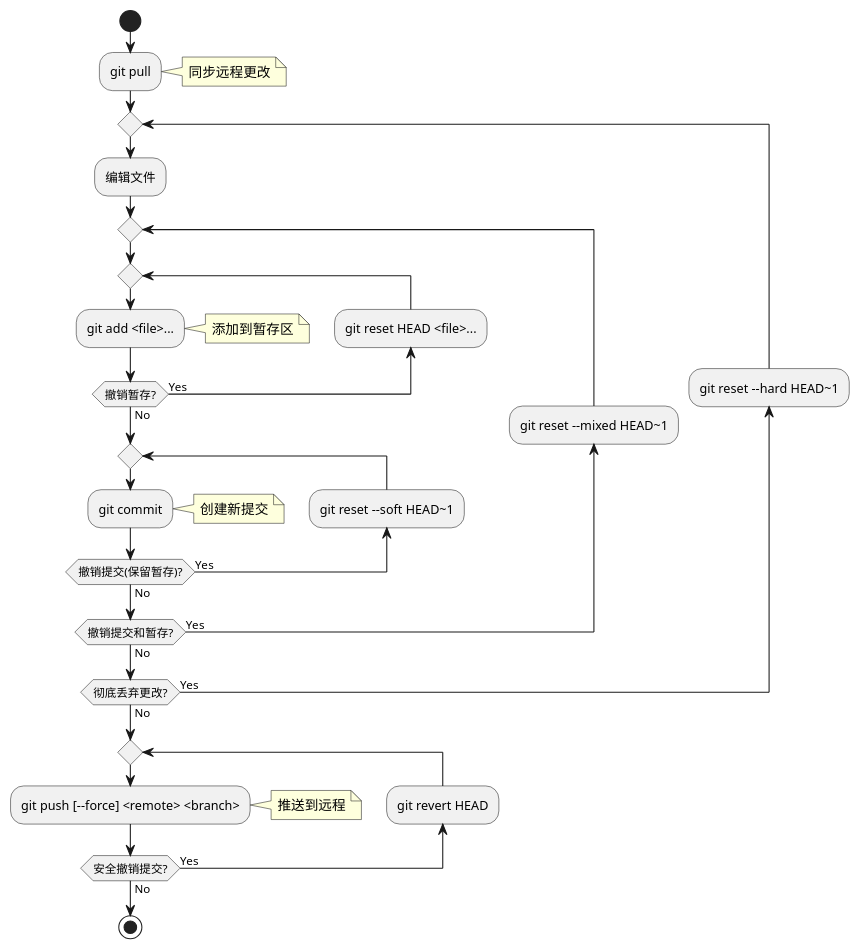
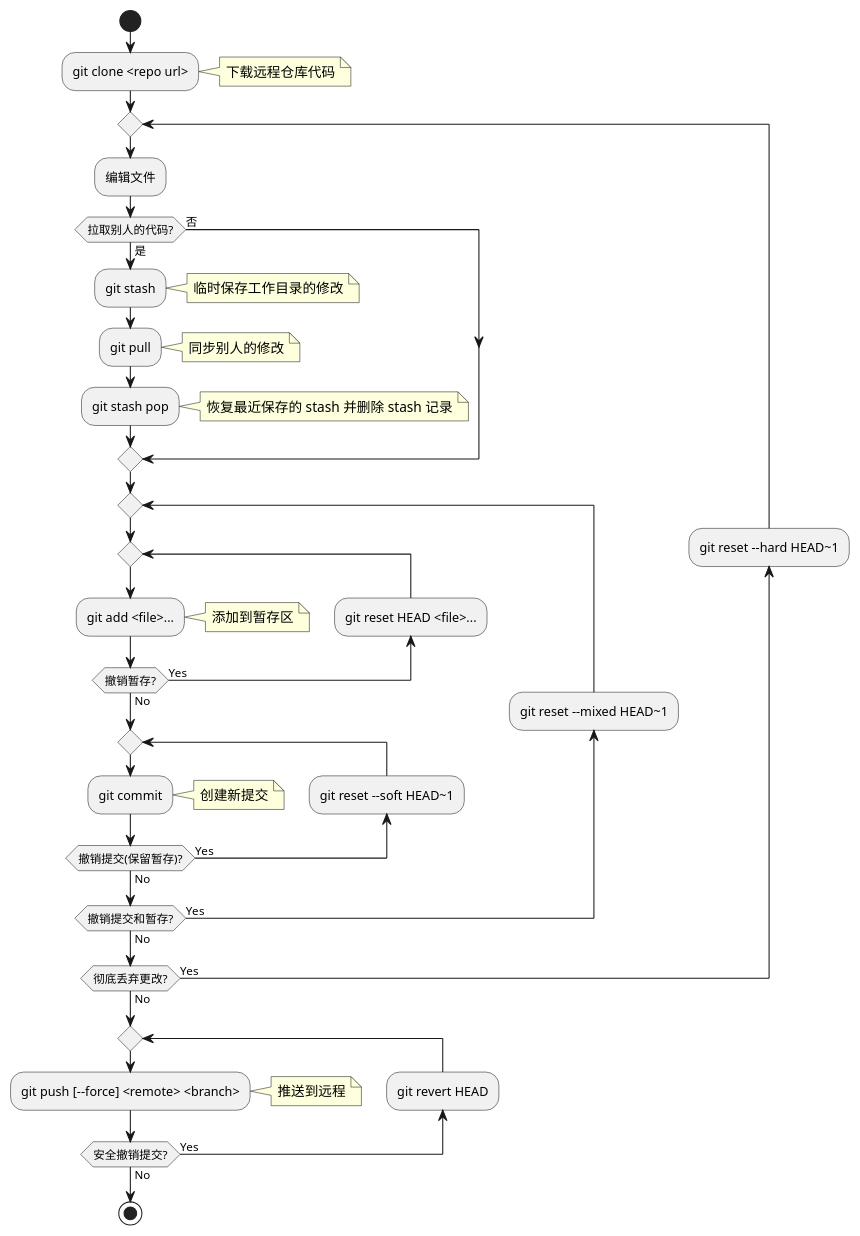
Before and after one commit to zhyantao/docs: the diagram in docs/cli/git.md, drawn with PlantUML.

````diff
--- a/docs/cli/git.md
+++ b/docs/cli/git.md
@@ -44,40 +44,51 @@
 ```{uml}
 @startuml
 start
 
-:git pull;
-note right:同步远程更改
+:git clone <repo url>;
+note right:下载远程仓库代码
 
 repeat
   :编辑文件;
+
+  if (拉取别人的代码?) then (否)
+  else (是)
+    :git stash;
+    note right:临时保存工作目录的修改
+    :git pull;
+    note right:同步别人的修改
+    :git stash pop;
+    note right:恢复最近保存的 stash 并删除 stash 记录
+  endif
+
   repeat
     repeat
       :git add <file>...;
       note right:添加到暂存区
 
       backward:git reset HEAD <file>...;
     repeat while (撤销暂存?) is (Yes) not (No)
 
     repeat
       :git commit;
       note right:创建新提交
 
       backward:git reset --soft HEAD~1;
     repeat while (撤销提交(保留暂存)?) is (Yes) not (No)
 
     backward:git reset --mixed HEAD~1;
   repeat while (撤销提交和暂存?) is (Yes) not (No)
 
   backward:git reset --hard HEAD~1;
 repeat while (彻底丢弃更改?) is (Yes) not (No)
 
 repeat
   :git push [--force] <remote> <branch>;
   note right:推送到远程
 
   backward:git revert HEAD;
 repeat while (安全撤销提交?) is (Yes) not (No)
 
 stop
 @enduml
 ```
````
